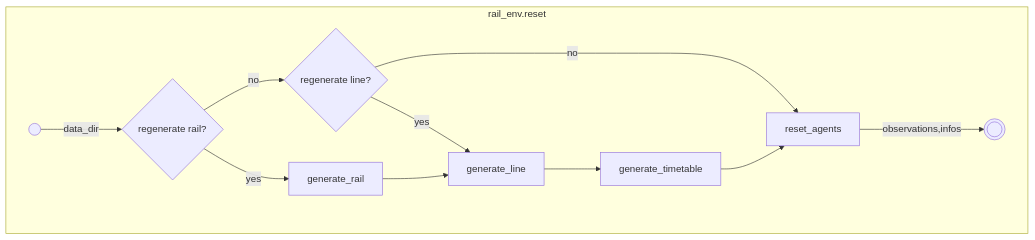
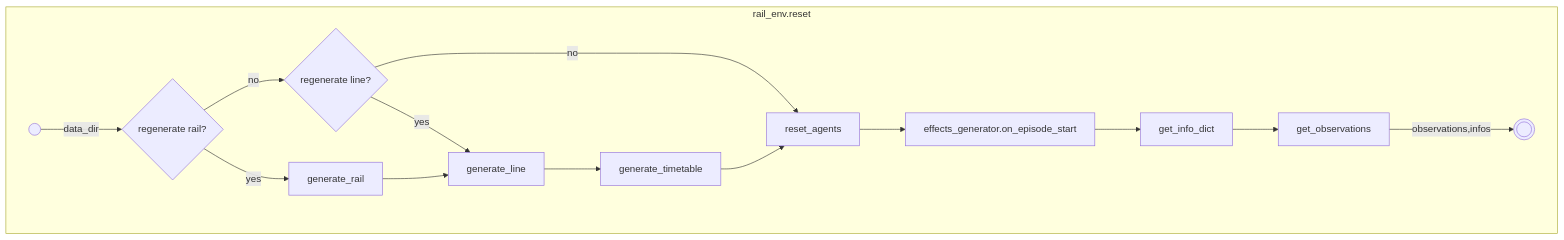
The fifth of 5 diagrams in key-concepts/key_concepts.md (flatland-association/flatland-book), drawn with Mermaid before and after one commit. The commit also changed other lines of this file, not shown here.

Commit message:
Refine step flow.

````diff
--- a/key-concepts/key_concepts.md
+++ b/key-concepts/key_concepts.md
@@ -273,15 +307,18 @@
 ```mermaid
 flowchart TD
     subgraph rail_env.reset
         start(("&nbsp;")) -->|data_dir| regenerate_rail{regenerate rail?}
         regenerate_rail -->|no| regenerate_line{regenerate line?}
         regenerate_rail -->|yes| generate_rail
         regenerate_line -->|yes| generate_line
         regenerate_line -->|no| reset_agents
         generate_rail --> generate_line
         generate_line --> generate_timetable
         generate_timetable --> reset_agents
-        reset_agents -->|observations,infos| end_((("&nbsp;")))
+        reset_agents --> effects_generator.on_episode_start
+        effects_generator.on_episode_start --> get_info_dict
+        get_info_dict --> get_observations
+        get_observations -->|observations,infos| end_((("&nbsp;")))
     end
 
 ```
````
